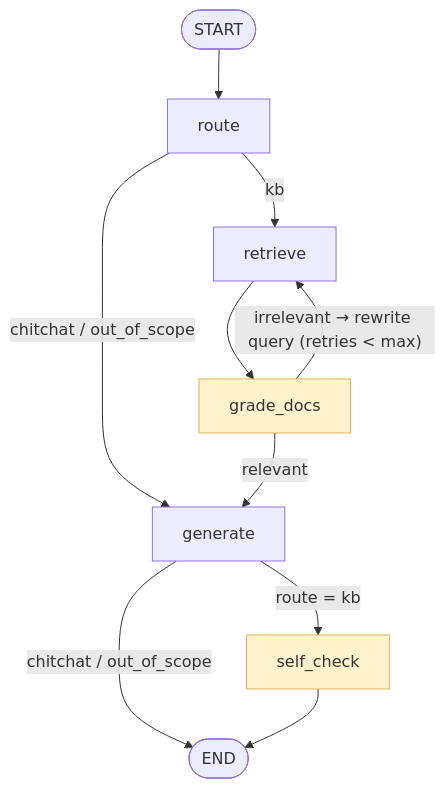
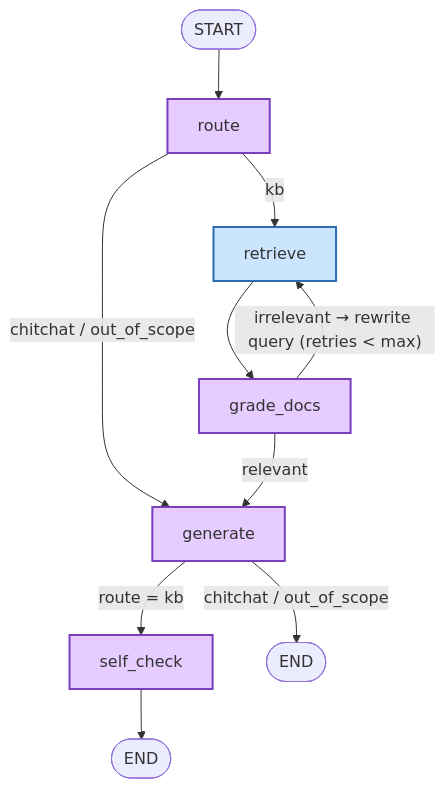
The first of 3 diagrams in docs/ARCHITECTURE.md (hailampy123/solid-knowledge-ai), drawn with Mermaid before and after one commit. The commit also changed other lines of this file, not shown here.

First line of the commit message:
Fix diagram 2 render failure, mark LLM vs non-LLM nodes in both diagrams

````diff
--- a/docs/ARCHITECTURE.md
+++ b/docs/ARCHITECTURE.md
@@ -12,18 +12,20 @@
 ```mermaid
 flowchart TD
     START([START]) --> route
 
     route -- "kb" --> retrieve
     route -- "chitchat / out_of_scope" --> generate
 
     retrieve --> grade_docs
     grade_docs -- "relevant" --> generate
     grade_docs -- "irrelevant → rewrite query (retries < max)" --> retrieve
 
     generate -- "route = kb" --> self_check
-    generate -- "chitchat / out_of_scope" --> END([END])
-    self_check --> END
+    generate -- "chitchat / out_of_scope" --> END1([END])
+    self_check --> END2([END])
 
-    classDef guard fill:#fff2cc,stroke:#d6b656;
-    class grade_docs,self_check guard;
+    classDef llmNode fill:#e6ccff,stroke:#7a3fbf,stroke-width:2px;
+    classDef toolNode fill:#cce5ff,stroke:#2b6cb0,stroke-width:2px;
+    class route,grade_docs,generate,self_check llmNode;
+    class retrieve toolNode;
 ```
````
